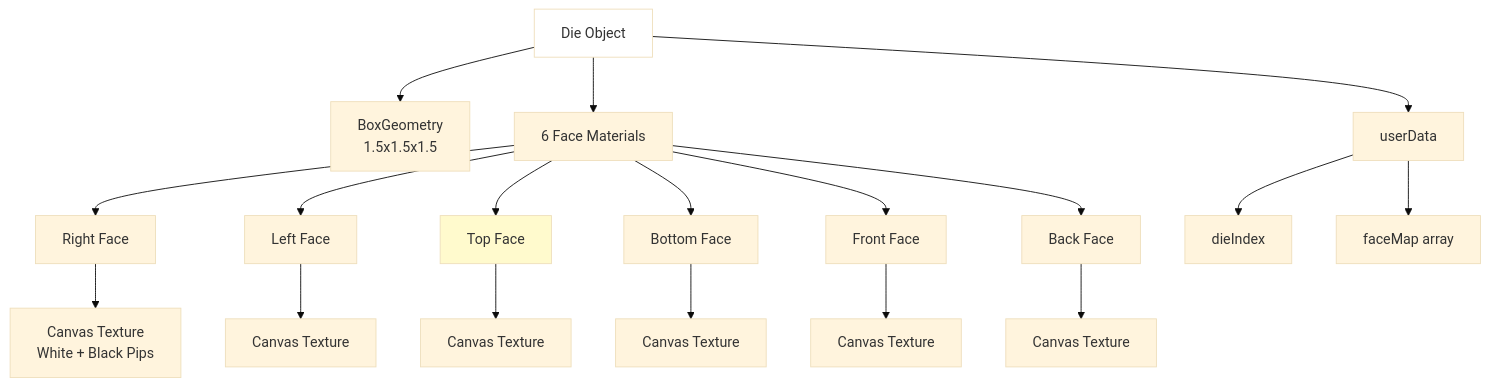
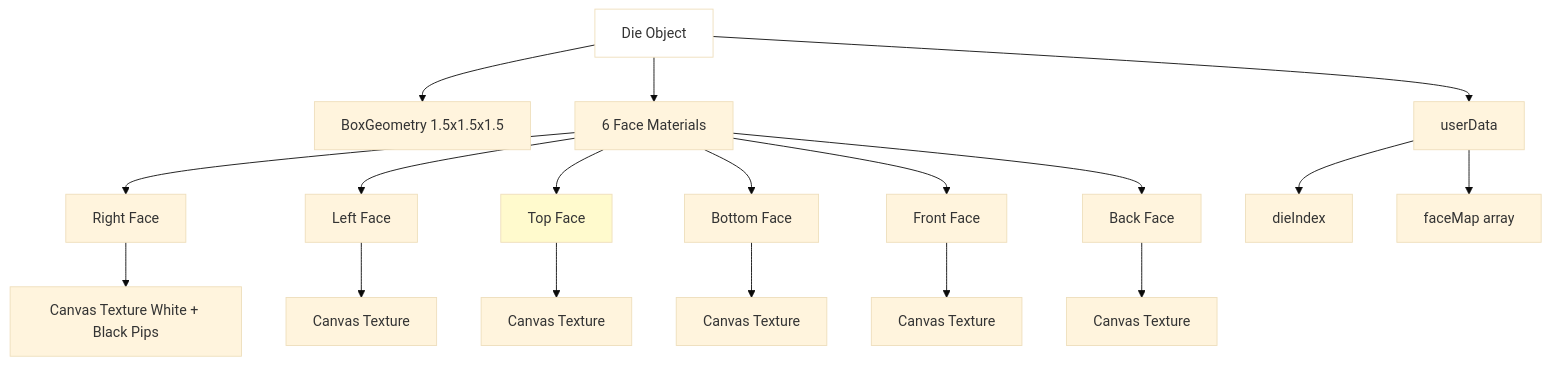
One commit to softwarewrighter/shut_the_box changed the seventh of 15 diagrams in wiki/Frontend-3D.md. Above: the diagram before and after it, drawn with Mermaid (base theme). The commit also changed other lines of this file and 5 other files, not shown here.

````diff
--- a/wiki/Frontend-3D.md
+++ b/wiki/Frontend-3D.md
@@ -228,26 +228,26 @@
 ```mermaid
 graph TD
-    DIE[Die Object] --> GEO[BoxGeometry<br/>1.5x1.5x1.5]
+    DIE[Die Object] --> GEO[BoxGeometry 1.5x1.5x1.5]
     DIE --> MAT[6 Face Materials]
     DIE --> DATA[userData]
 
     MAT --> F1[Right Face]
     MAT --> F2[Left Face]
     MAT --> F3[Top Face]
     MAT --> F4[Bottom Face]
     MAT --> F5[Front Face]
     MAT --> F6[Back Face]
 
-    F1 --> PIP1[Canvas Texture<br/>White + Black Pips]
+    F1 --> PIP1[Canvas Texture White + Black Pips]
     F2 --> PIP2[Canvas Texture]
     F3 --> PIP3[Canvas Texture]
     F4 --> PIP4[Canvas Texture]
     F5 --> PIP5[Canvas Texture]
     F6 --> PIP6[Canvas Texture]
 
     DATA --> INDEX[dieIndex]
     DATA --> FACES[faceMap array]
 
     style DIE fill:#fff
     style F3 fill:#fffacd
 ```
````
